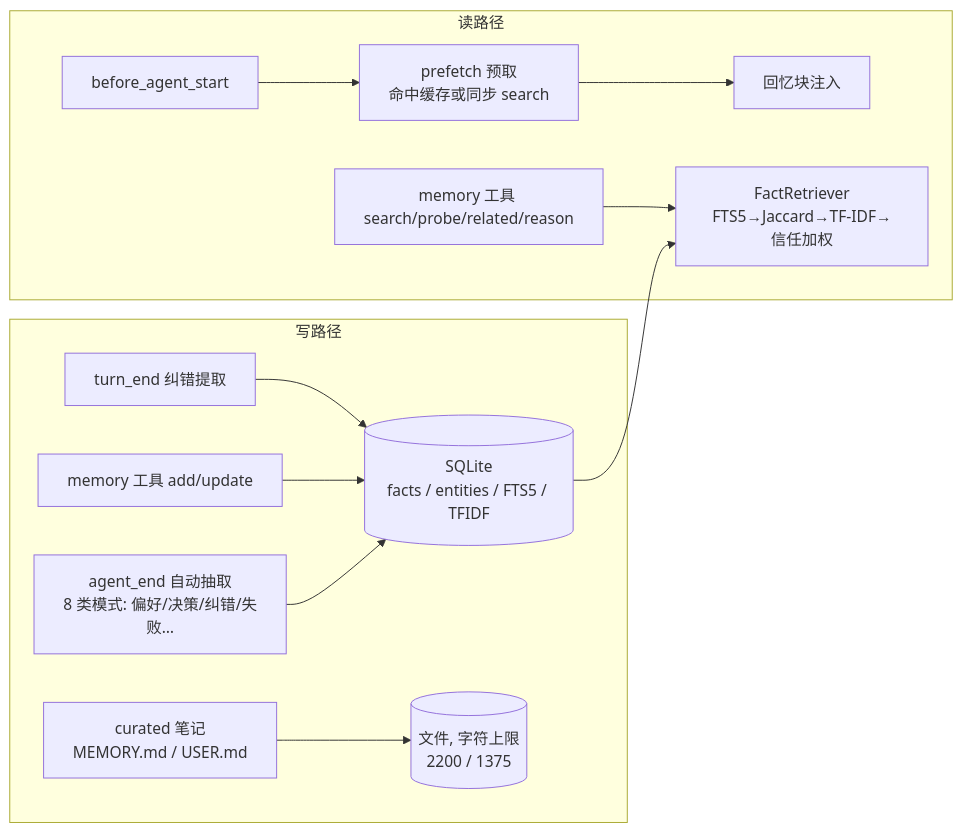
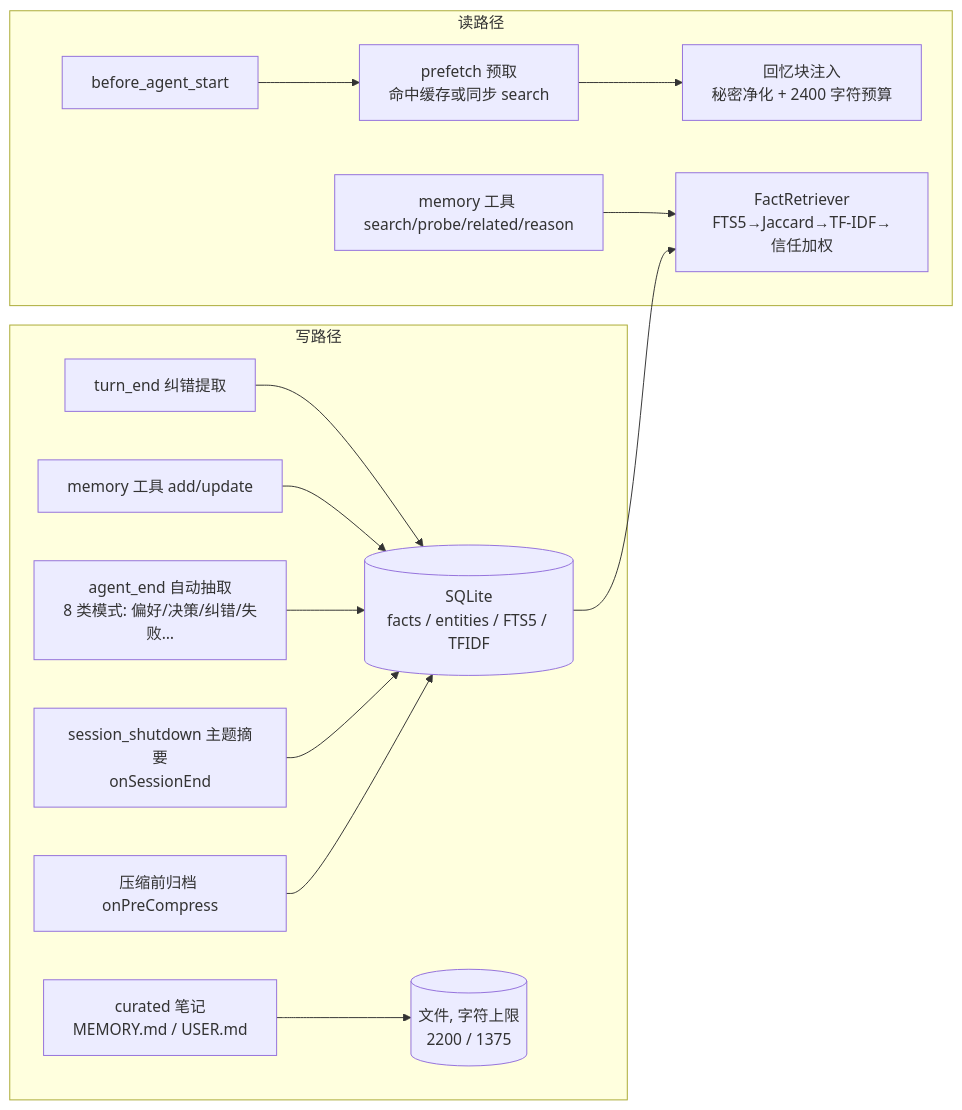
The third of 5 diagrams in docs/internal-tech-review.md (sswym/pico), drawn with Mermaid before and after one commit. The commit also changed other lines of this file and 10 other files, not shown here.

````diff
--- a/docs/internal-tech-review.md
+++ b/docs/internal-tech-review.md
@@ -109,15 +109,17 @@
 ```mermaid
 flowchart LR
     subgraph 写路径
         W1[turn_end 纠错提取] --> STORE[(SQLite<br/>facts / entities / FTS5 / TFIDF)]
         W2[memory 工具 add/update] --> STORE
         W3[agent_end 自动抽取<br/>8 类模式: 偏好/决策/纠错/失败…] --> STORE
         W4[curated 笔记<br/>MEMORY.md / USER.md] --> DISK[(文件, 字符上限<br/>2200 / 1375)]
+        W5[session_shutdown 主题摘要<br/>onSessionEnd] --> STORE
+        W6[压缩前归档 onPreCompress] --> STORE
     end
     subgraph 读路径
         BAS[before_agent_start] --> PREF[prefetch 预取<br/>命中缓存或同步 search]
-        PREF --> CTX[<memory-context> 回忆块注入]
+        PREF --> CTX[<memory-context> 回忆块注入<br/>秘密净化 + 2400 字符预算]
         TOOL[memory 工具 search/probe/related/reason] --> RET[FactRetriever<br/>FTS5→Jaccard→TF-IDF→信任加权]
     end
     STORE --> RET
 ```
````
